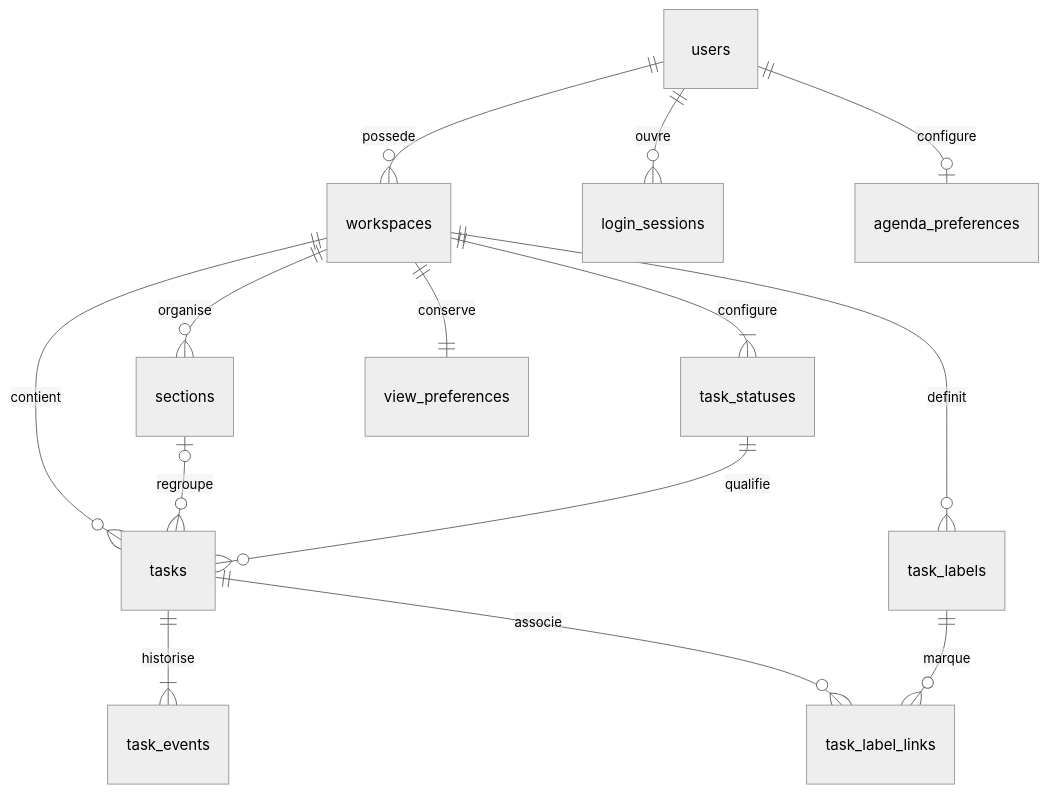
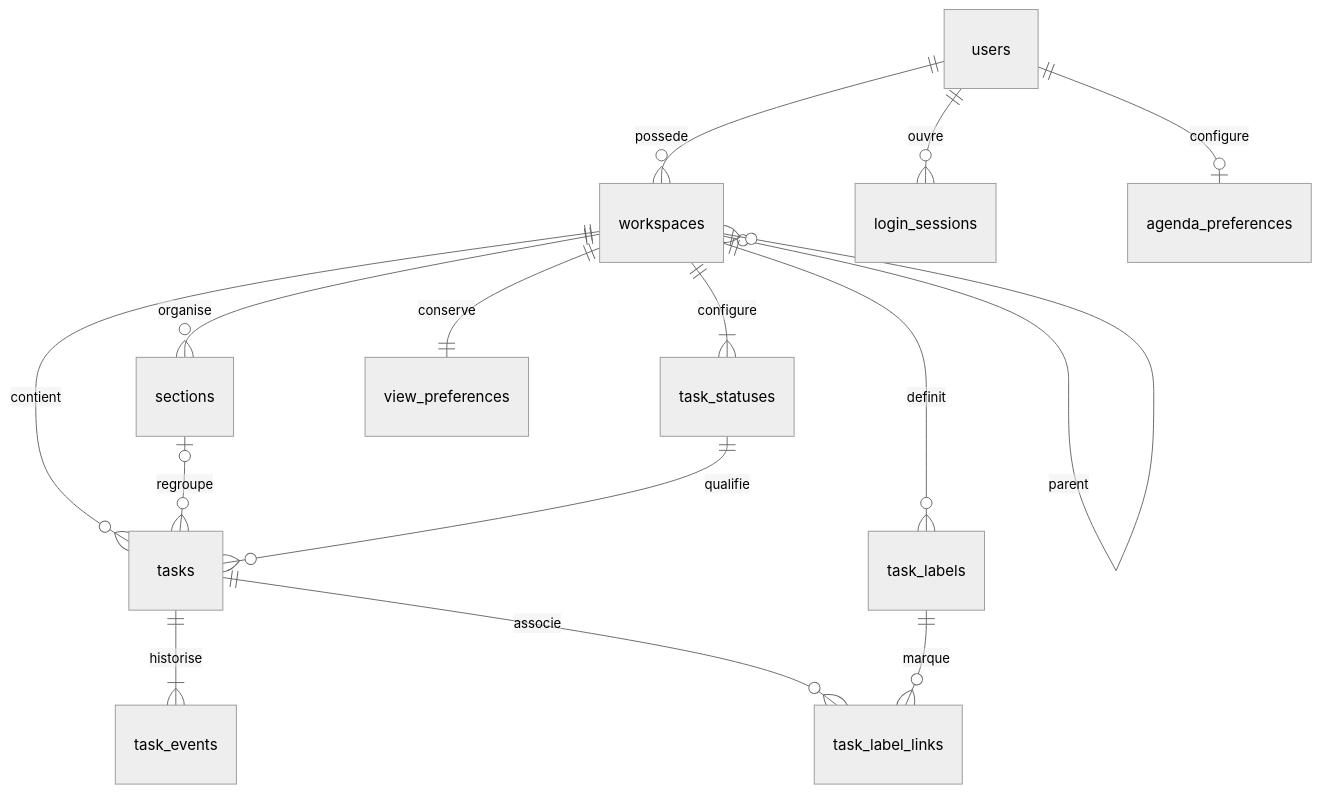
Before and after one commit to ThibaultLeveau/life.thibault-leveau.com: the diagram in docs/assets/diagrams/data.mmd, drawn with Mermaid. The commit also changed 10 other files, not shown here.

```diff
--- a/docs/assets/diagrams/data.mmd
+++ b/docs/assets/diagrams/data.mmd
@@ -1,20 +1,21 @@
 ---
 config:
   theme: neutral
   themeVariables:
     fontFamily: 'Arial, sans-serif'
 ---
 erDiagram
     users ||--o{ workspaces : possede
     users ||--o{ login_sessions : ouvre
     users ||--o| agenda_preferences : configure
+    workspaces |o--o{ workspaces : parent
     workspaces ||--o{ sections : organise
     workspaces ||--|{ task_statuses : configure
     workspaces ||--o{ task_labels : definit
     workspaces ||--|| view_preferences : conserve
     workspaces ||--o{ tasks : contient
     sections |o--o{ tasks : regroupe
     task_statuses ||--o{ tasks : qualifie
     tasks ||--|{ task_events : historise
     tasks ||--o{ task_label_links : associe
     task_labels ||--o{ task_label_links : marque
```
